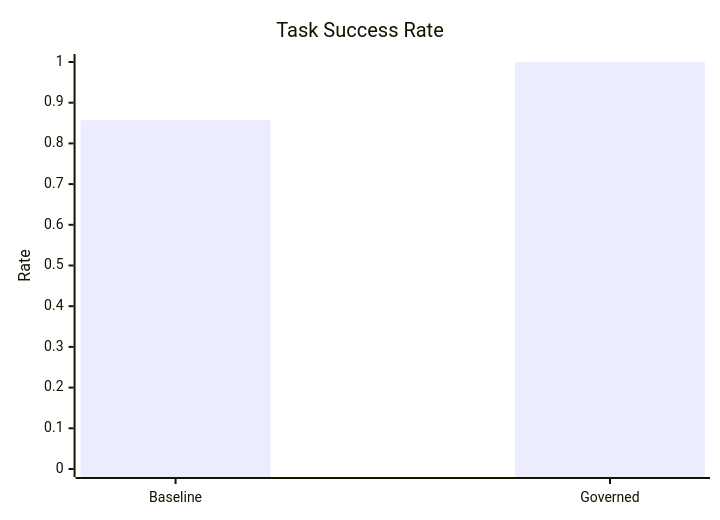
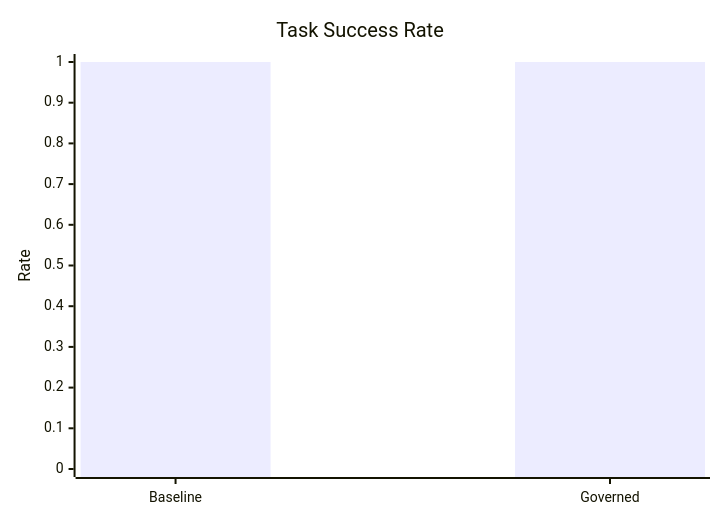
One commit to joy7758/agent-governance-benchmark changed the second of 3 diagrams in docs/benchmark_report_v2.md. Above: the diagram before and after it, drawn with Mermaid. The commit also changed other lines of this file and 48 other files, not shown here.

````diff
--- a/docs/benchmark_report_v2.md
+++ b/docs/benchmark_report_v2.md
@@ -51,7 +46,7 @@
 ```mermaid
 xychart-beta
     title "Task Success Rate"
     x-axis ["Baseline", "Governed"]
     y-axis "Rate" 0 --> 1
-    bar [0.8571, 1.0]
+    bar [1.0, 1.0]
 ```
````
